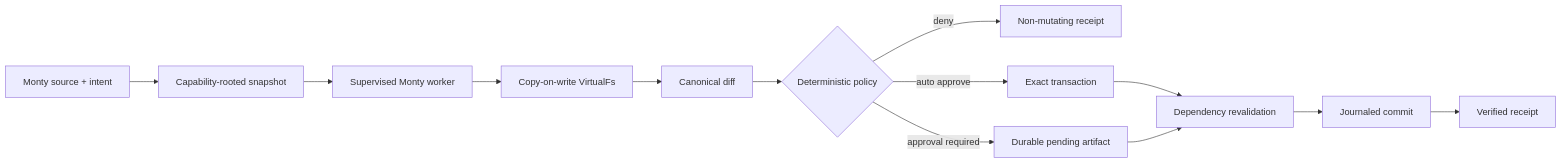
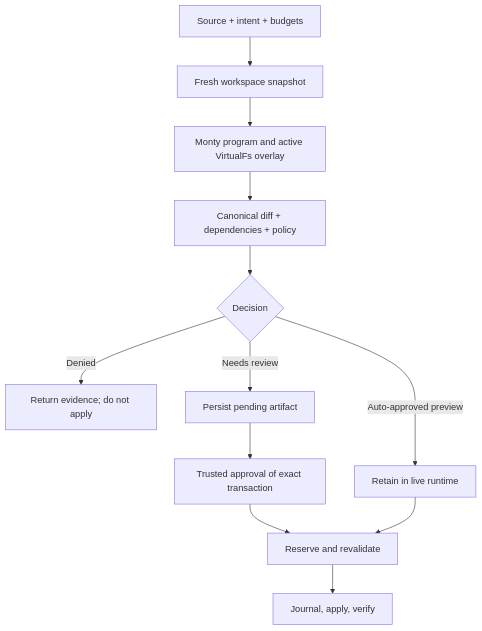
One commit to fswair/vsh changed the diagram in docs/start/how-it-works.md. Above: the diagram before and after it, drawn with Mermaid. The commit also changed other lines of this file and 136 other files, not shown here.

````diff
--- a/docs/start/how-it-works.md
+++ b/docs/start/how-it-works.md
@@ -6,15 +8,14 @@
 ```mermaid
-flowchart LR
-  A[Monty source + intent] --> B[Capability-rooted snapshot]
-  B --> C[Supervised Monty worker]
-  C --> D[Copy-on-write VirtualFs]
-  D --> E[Canonical diff]
-  E --> F{Deterministic policy}
-  F -->|deny| G[Non-mutating receipt]
-  F -->|auto approve| H[Exact transaction]
-  F -->|approval required| I[Durable pending artifact]
-  H --> J[Dependency revalidation]
-  I --> J
-  J --> K[Journaled commit]
-  K --> L[Verified receipt]
+flowchart TD
+  A[Source + intent + budgets] --> B[Fresh workspace snapshot]
+  B --> C[Monty program and active VirtualFs overlay]
+  C --> D[Canonical diff + dependencies + policy]
+  D --> E{Decision}
+  E -->|Denied| F[Return evidence; do not apply]
+  E -->|Auto-approved preview| G[Retain in live runtime]
+  E -->|Needs review| H[Persist pending artifact]
+  H --> I[Trusted approval of exact transaction]
+  I --> J[Reserve and revalidate]
+  G --> J
+  J --> K[Journal, apply, verify]
 ```
````
